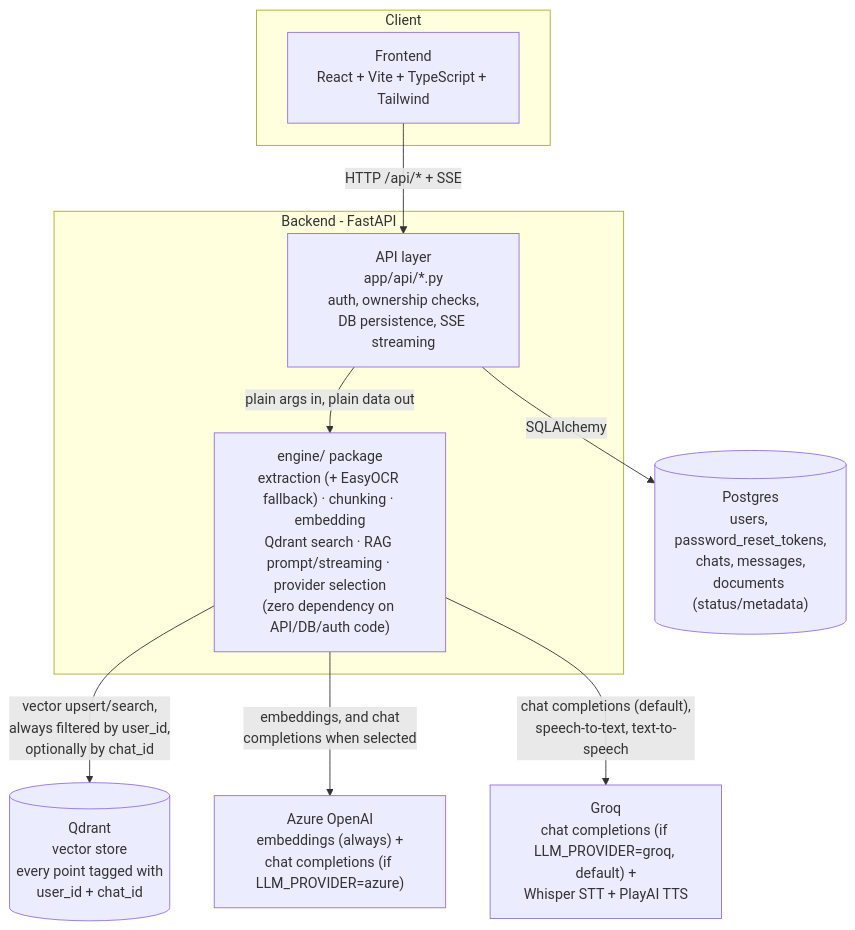
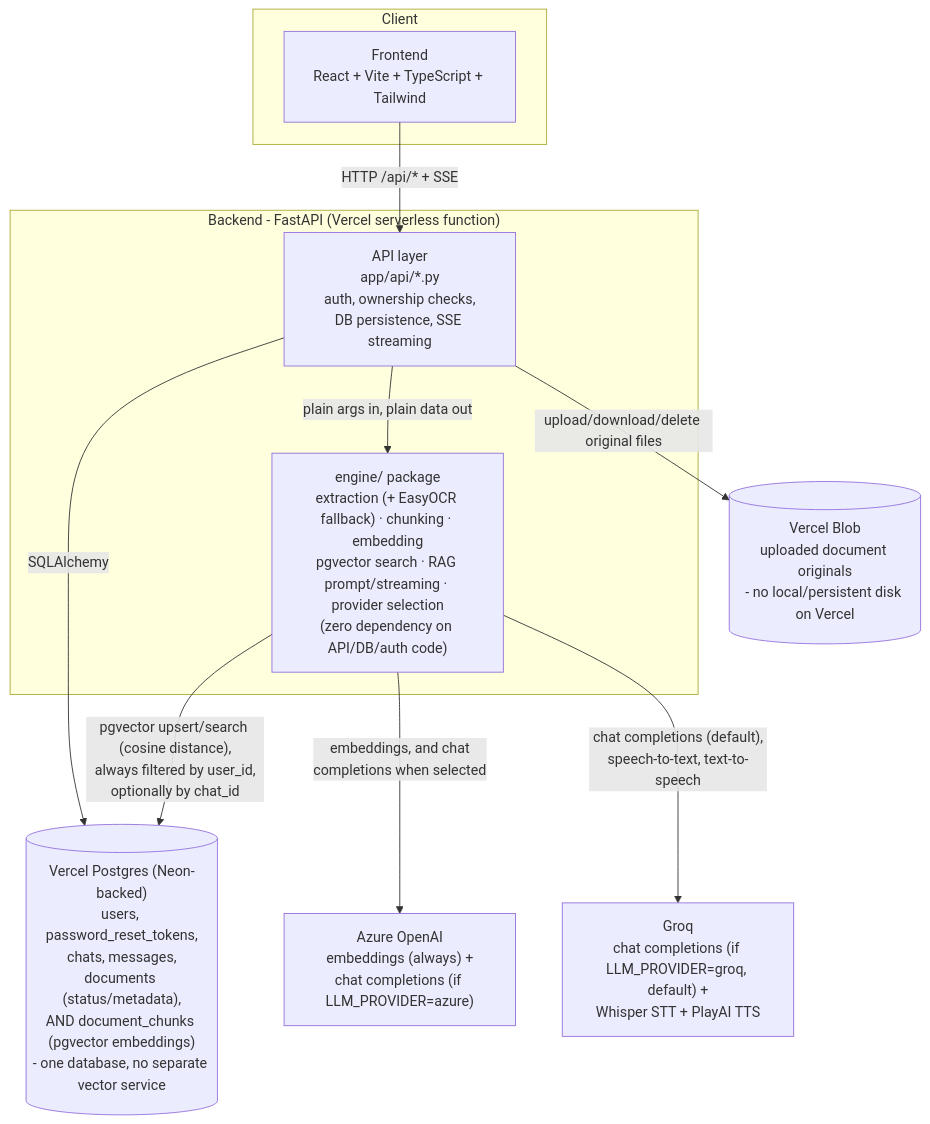
One commit to MuhammadWaqar621/private-document-assistant changed the diagram in README.md. Above: the diagram before and after it, drawn with Mermaid. The commit also changed other lines of this file and 24 other files, not shown here.

Commit message:
Prepare for Vercel deployment: pgvector/Blob storage swap, serverless entrypoints

````diff
--- a/README.md
+++ b/README.md
@@ -58,23 +63,24 @@
 ```mermaid
 flowchart TB
     subgraph Client
         FE["Frontend<br/>React + Vite + TypeScript + Tailwind"]
     end
 
-    subgraph Backend["Backend - FastAPI"]
+    subgraph Backend["Backend - FastAPI (Vercel serverless function)"]
         API["API layer<br/>app/api/*.py<br/>auth, ownership checks,<br/>DB persistence, SSE streaming"]
-        ENGINE["engine/ package<br/>extraction (+ EasyOCR fallback) · chunking · embedding<br/>Qdrant search · RAG prompt/streaming · provider selection<br/>(zero dependency on API/DB/auth code)"]
+        ENGINE["engine/ package<br/>extraction (+ EasyOCR fallback) · chunking · embedding<br/>pgvector search · RAG prompt/streaming · provider selection<br/>(zero dependency on API/DB/auth code)"]
     end
 
-    PG[("Postgres<br/>users, password_reset_tokens,<br/>chats, messages,<br/>documents (status/metadata)")]
-    QD[("Qdrant<br/>vector store<br/>every point tagged with<br/>user_id + chat_id")]
+    PG[("Vercel Postgres (Neon-backed)<br/>users, password_reset_tokens,<br/>chats, messages,<br/>documents (status/metadata),<br/>AND document_chunks (pgvector embeddings)<br/>- one database, no separate vector service")]
+    BLOB[("Vercel Blob<br/>uploaded document originals<br/>- no local/persistent disk on Vercel")]
     AZ["Azure OpenAI<br/>embeddings (always) +<br/>chat completions (if LLM_PROVIDER=azure)"]
     GQ["Groq<br/>chat completions (if LLM_PROVIDER=groq, default) +<br/>Whisper STT + PlayAI TTS"]
 
     FE -- "HTTP /api/* + SSE" --> API
     API -- "plain args in, plain data out" --> ENGINE
     API -- "SQLAlchemy" --> PG
-    ENGINE -- "vector upsert/search,<br/>always filtered by user_id,<br/>optionally by chat_id" --> QD
+    API -- "upload/download/delete original files" --> BLOB
+    ENGINE -- "pgvector upsert/search (cosine distance),<br/>always filtered by user_id,<br/>optionally by chat_id" --> PG
     ENGINE -- "embeddings, and chat<br/>completions when selected" --> AZ
     ENGINE -- "chat completions (default),<br/>speech-to-text, text-to-speech" --> GQ
 ```
````
